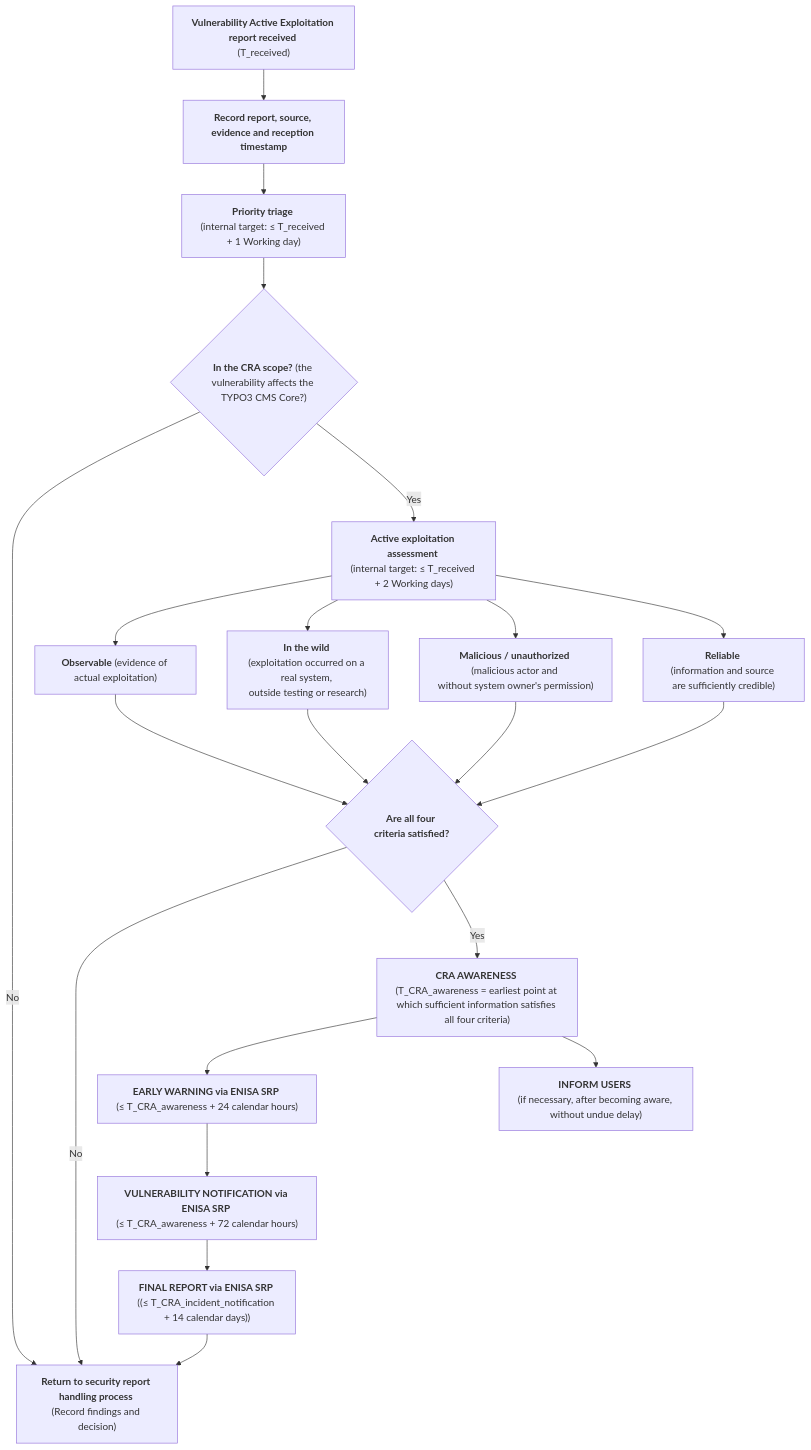
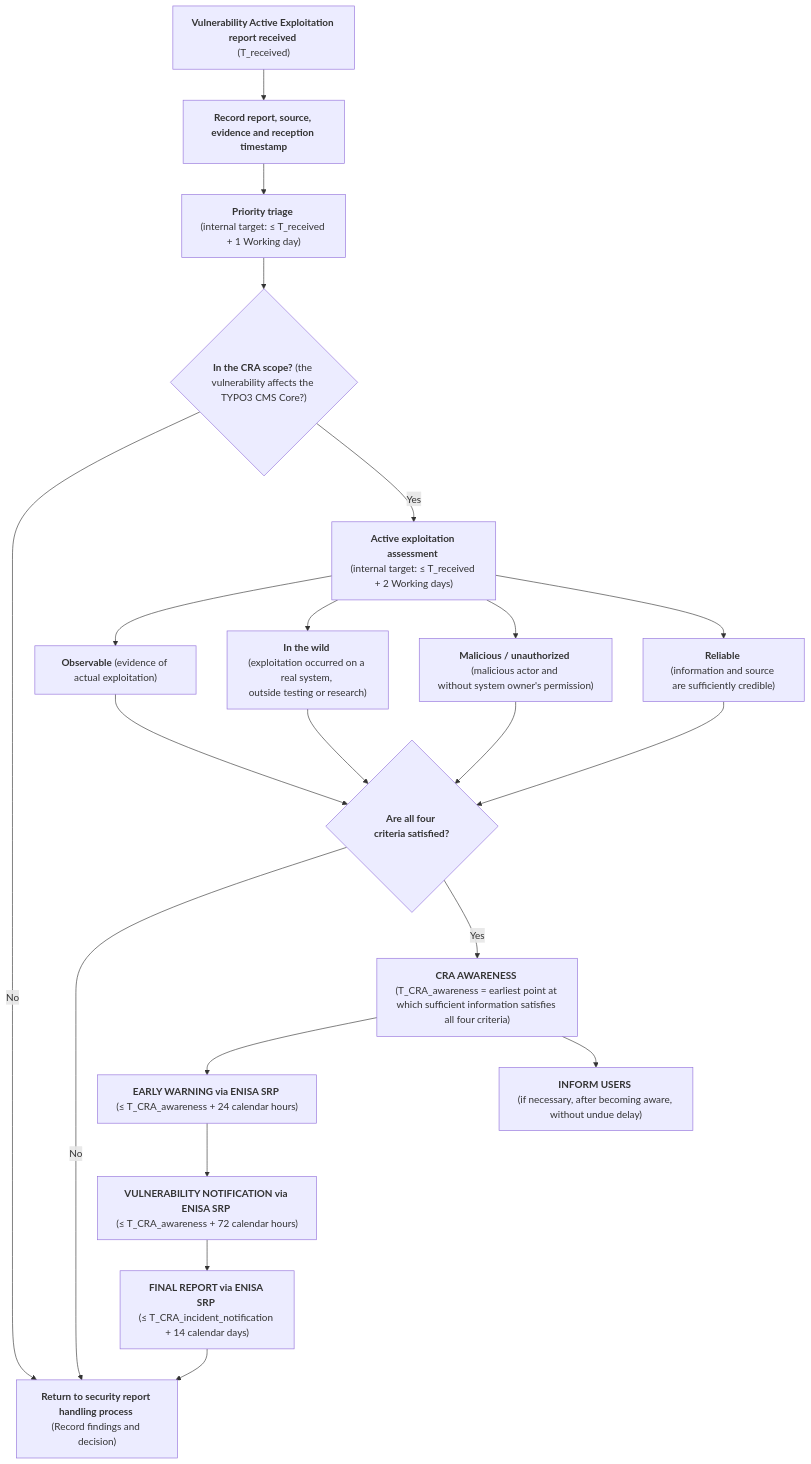
Before and after one commit to rfoucard/cra-fast-track: the diagram in templates/actively-exploited-vulnerability-process.md, drawn with Mermaid.

````diff
--- a/templates/actively-exploited-vulnerability-process.md
+++ b/templates/actively-exploited-vulnerability-process.md
@@ -15,36 +15,36 @@
 ```mermaid
 flowchart TD
 
     A["<strong>Vulnerability&nbsp;Active&nbsp;Exploitation report received</strong> \n(T_received)"] --> B["<strong>Record&nbsp;report,&nbsp;source, evidence and reception timestamp</strong>"]
 
     B --> C["<strong>Priority triage</strong> \n(internal&nbsp;target:&nbsp;≤&nbsp;T_received + 1 Working day)"]
 
     C --> D{"<strong>In&nbsp;the&nbsp;CRA&nbsp;scope?</strong> (the vulnerability affects the TYPO3 CMS Core?)"}
 
     D -- "No" --> X["<strong>Return&nbsp;to&nbsp;security&nbsp;report handling process</strong> \n(Record findings and decision)"]
 
     D -- "Yes" --> E["<strong>Active exploitation assessment</strong> \n(internal&nbsp;target:&nbsp;≤&nbsp;T_received + 2 Working days)"]
 
     E --> F["<strong>Observable</strong> (evidence of actual&nbsp;exploitation)"]
     E --> G["<strong>In the wild</strong> (exploitation&nbsp;occurred on a real system, outside&nbsp;testing&nbsp;or&nbsp;research)"]
     E --> H["<strong>Malicious / unauthorized</strong> (malicious actor and without&nbsp;system&nbsp;owner's&nbsp;permission)"]
     E --> I["<strong>Reliable</strong> (information&nbsp;and&nbsp;source are&nbsp;sufficiently&nbsp;credible)"]
 
     F --> J{"<strong>Are all four criteria&nbsp;satisfied?</strong>"}
     G --> J
     H --> J
     I --> J
 
     J -- "No" --> X
     J -- "Yes" --> L["<strong>CRA AWARENESS</strong> \n(T_CRA_awareness&nbsp;=&nbsp;earliest&nbsp;point&nbsp;at which sufficient information satisfies all four criteria)"]
 
     L --> M["<strong>EARLY WARNING via ENISA SRP</strong> \n(≤&nbsp;T_CRA_awareness&nbsp;+&nbsp;24&nbsp;calendar&nbsp;hours)"]
 
     M --> N["<strong>VULNERABILITY NOTIFICATION via ENISA SRP</strong> \n(≤&nbsp;T_CRA_awareness&nbsp;+&nbsp;72&nbsp;calendar&nbsp;hours)"]
 
-    N --> O["<strong>FINAL REPORT via ENISA SRP</strong> \n((≤&nbsp;T_CRA_incident_notification +&nbsp;14&nbsp;calendar&nbsp;days))"]
+    N --> O["<strong>FINAL REPORT via ENISA SRP</strong> \n(≤&nbsp;T_CRA_incident_notification +&nbsp;14&nbsp;calendar&nbsp;days)"]
 
     O --> X
 
     L --> U["<strong>INFORM USERS</strong> \n(if&nbsp;necessary,&nbsp;after&nbsp;becoming&nbsp;aware, without undue delay)"]
 ```
````
